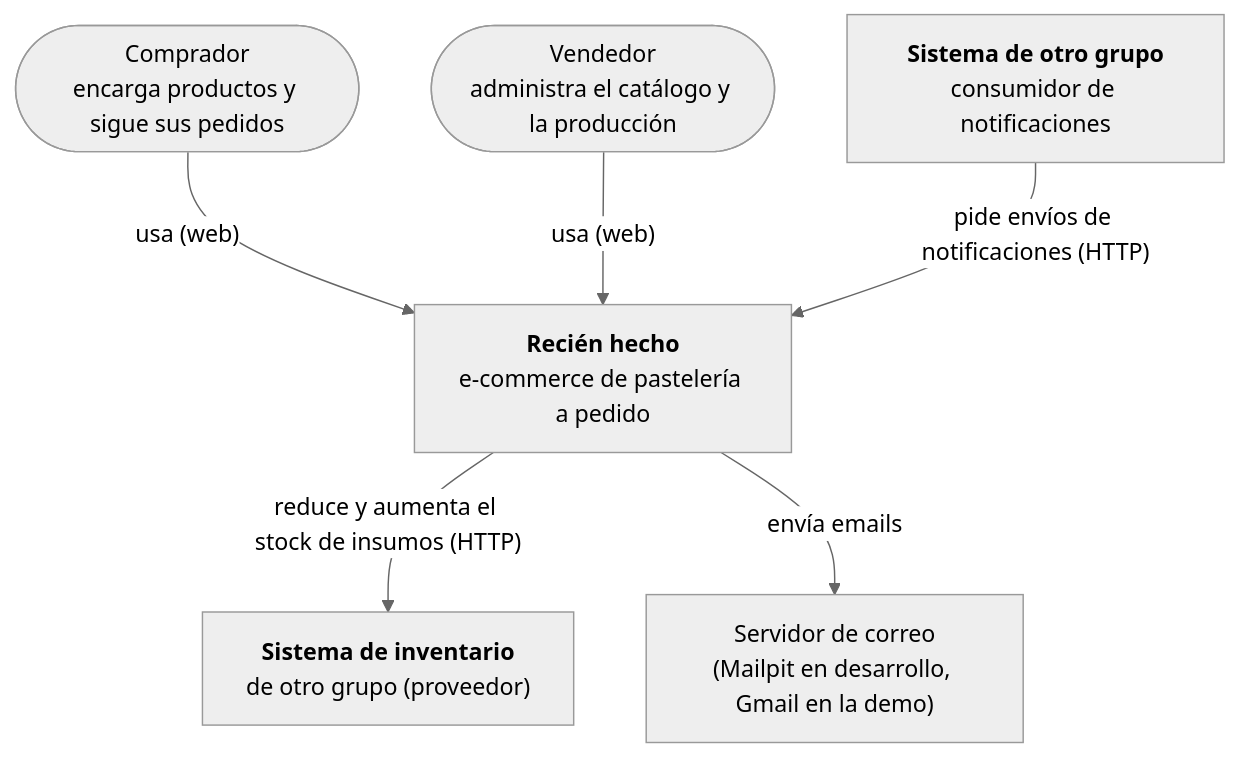
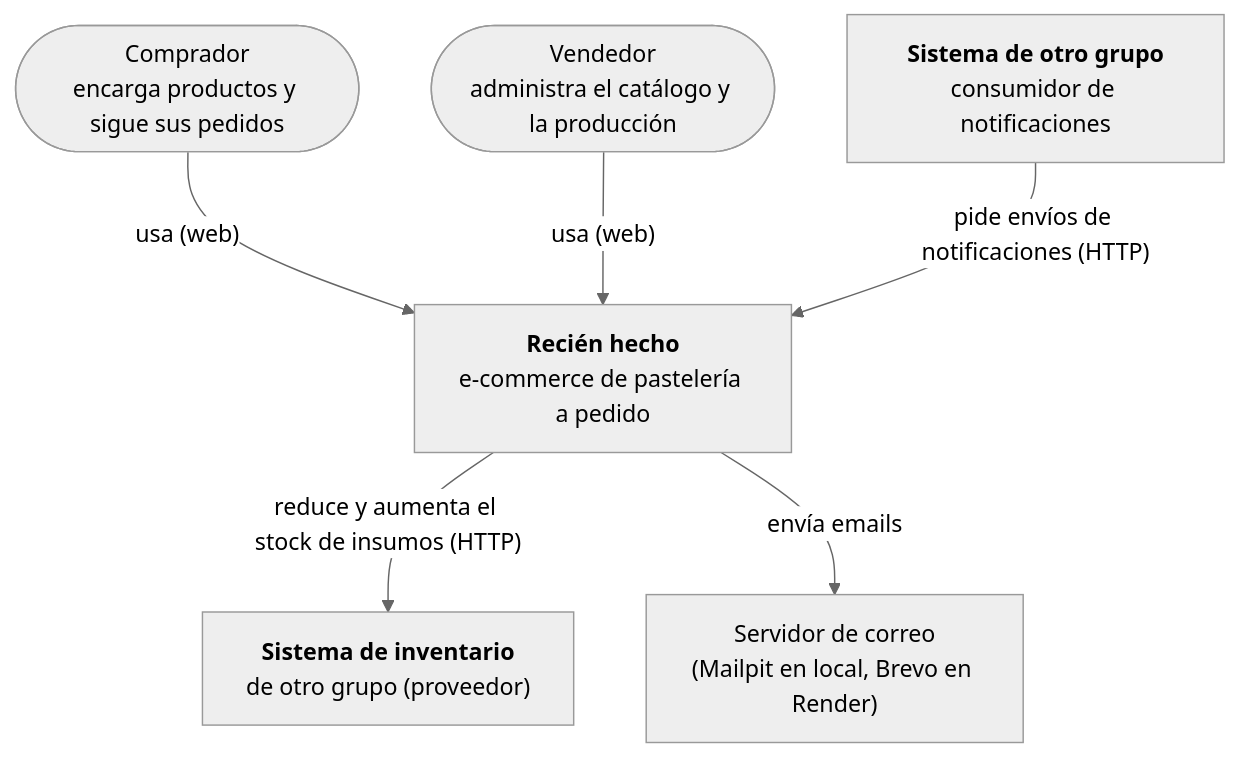
One commit to mariavlindonc/recienhechoapp changed the first of 3 diagrams in docs/ARCHITECTURE.md. Above: the diagram before and after it, drawn with Mermaid (neutral theme). The commit also changed other lines of this file and 26 other files, not shown here.

````diff
--- a/docs/ARCHITECTURE.md
+++ b/docs/ARCHITECTURE.md
@@ -13,15 +13,15 @@
 ```mermaid
 flowchart TB
     comprador(["Comprador<br/>encarga productos y sigue sus pedidos"])
     vendedor(["Vendedor<br/>administra el catálogo y la producción"])
     sistema["<b>Recién hecho</b><br/>e-commerce de pastelería a pedido"]
     consumidor["<b>Sistema de otro grupo</b><br/>consumidor de notificaciones"]
     inventario["<b>Sistema de inventario</b><br/>de otro grupo (proveedor)"]
-    correo["Servidor de correo<br/>(Mailpit en desarrollo, Gmail en la demo)"]
+    correo["Servidor de correo<br/>(Mailpit en local, Brevo en Render)"]
 
     comprador -- "usa (web)" --> sistema
     vendedor -- "usa (web)" --> sistema
     consumidor -- "pide envíos de notificaciones (HTTP)" --> sistema
     sistema -- "reduce y aumenta el stock de insumos (HTTP)" --> inventario
     sistema -- "envía emails" --> correo
 ```
````
